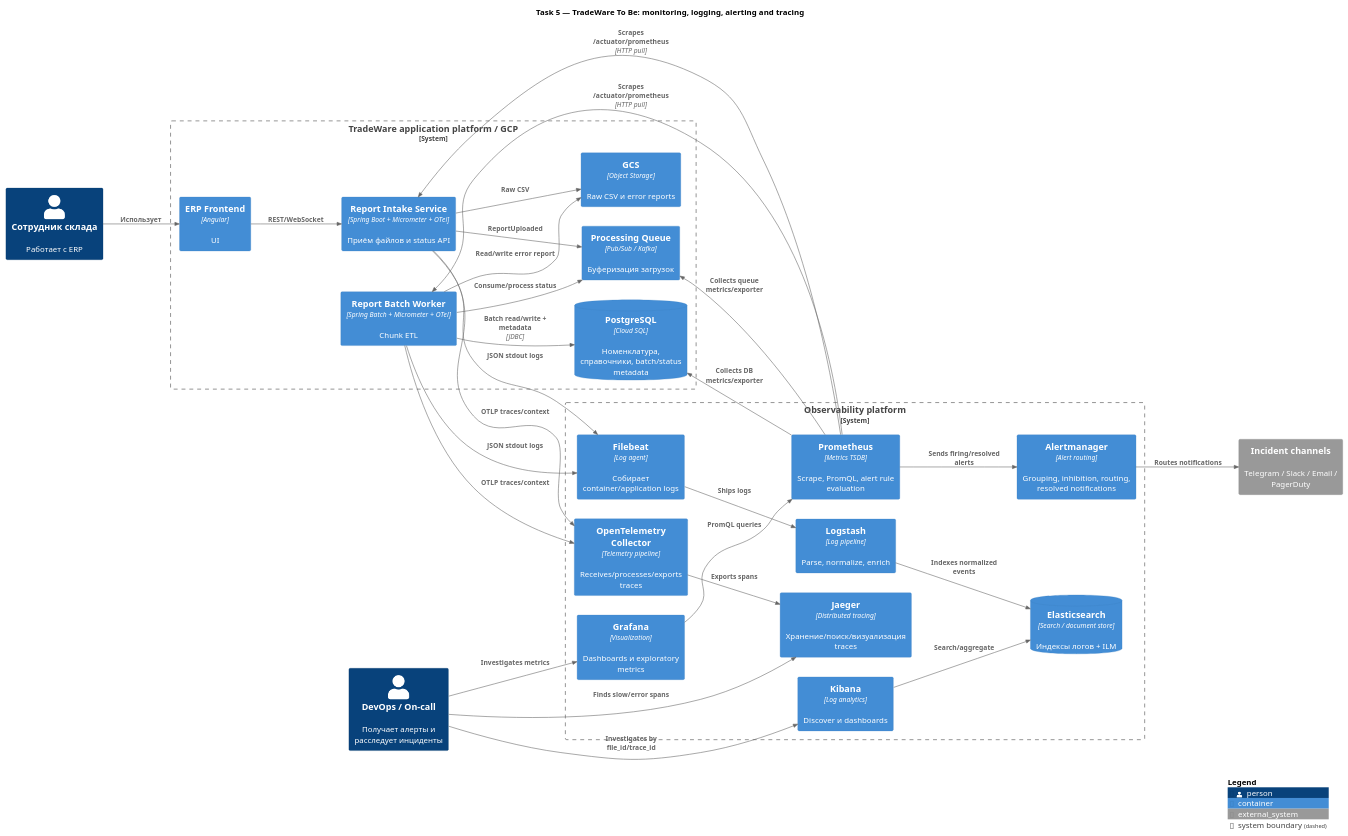
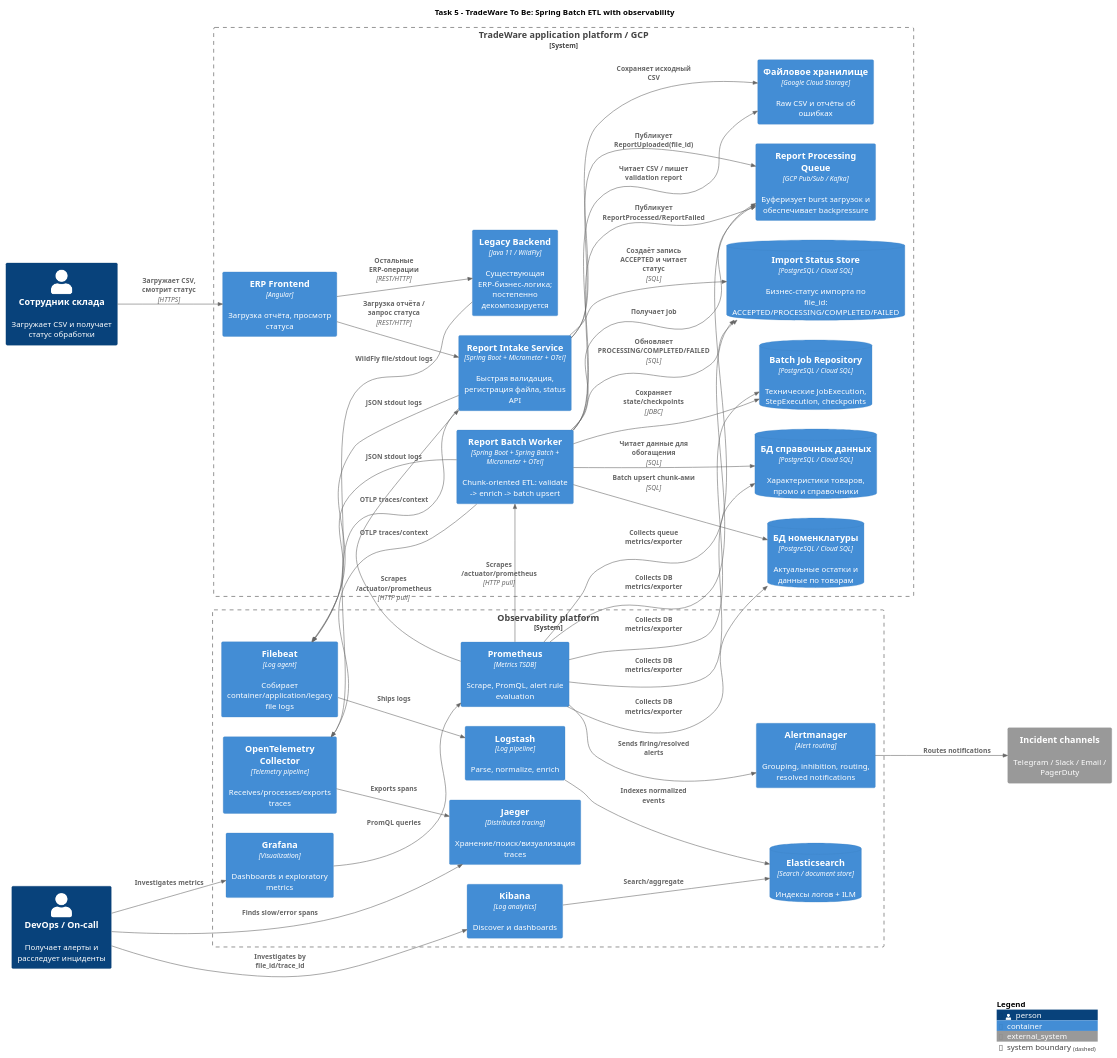
One commit to FFinn/msa-project-5-base-v1 changed the diagram in task-5/results/c4-observability.puml. Above: the diagram before and after it, drawn with PlantUML. The commit also changed 5 other files, not shown here.

```diff
--- a/task-5/results/c4-observability.puml
+++ b/task-5/results/c4-observability.puml
@@ -1,64 +1,78 @@
 @startuml Task5_C4_Observability
 !include https://raw.githubusercontent.com/plantuml-stdlib/C4-PlantUML/master/C4_Container.puml
 
 LAYOUT_LEFT_RIGHT()
 
-title Task 5 — TradeWare To Be: monitoring, logging, alerting and tracing
+title Task 5 - TradeWare To Be: Spring Batch ETL with observability
 
-Person(employee, "Сотрудник склада", "Работает с ERP")
+Person(employee, "Сотрудник склада", "Загружает CSV и получает статус обработки")
 Person(oncall, "DevOps / On-call", "Получает алерты и расследует инциденты")
 
-System_Boundary(apps, "TradeWare application platform / GCP") {
-    Container(frontend, "ERP Frontend", "Angular", "UI")
-    Container(intake, "Report Intake Service", "Spring Boot + Micrometer + OTel", "Приём файлов и status API")
-    Container(queue, "Processing Queue", "Pub/Sub / Kafka", "Буферизация загрузок")
-    Container(batch, "Report Batch Worker", "Spring Batch + Micrometer + OTel", "Chunk ETL")
-    ContainerDb(db, "PostgreSQL", "Cloud SQL", "Номенклатура, справочники, batch/status metadata")
-    Container(gcs, "GCS", "Object Storage", "Raw CSV и error reports")
+System_Boundary(tradeware, "TradeWare application platform / GCP") {
+    Container(frontend, "ERP Frontend", "Angular", "Загрузка отчёта, просмотр статуса")
+    Container(monolith, "Legacy Backend", "Java 11 / WildFly", "Существующая ERP-бизнес-логика; постепенно декомпозируется")
+    Container(intake, "Report Intake Service", "Spring Boot + Micrometer + OTel", "Быстрая валидация, регистрация файла, status API")
+    Container(queue, "Report Processing Queue", "GCP Pub/Sub / Kafka", "Буферизует burst загрузок и обеспечивает backpressure")
+    Container(batch, "Report Batch Worker", "Spring Boot + Spring Batch + Micrometer + OTel", "Chunk-oriented ETL: validate -> enrich -> batch upsert")
+    ContainerDb(statusDb, "Import Status Store", "PostgreSQL / Cloud SQL", "Бизнес-статус импорта по file_id: ACCEPTED/PROCESSING/COMPLETED/FAILED")
+    ContainerDb(jobRepo, "Batch Job Repository", "PostgreSQL / Cloud SQL", "Технические JobExecution, StepExecution, checkpoints")
+    ContainerDb(referenceDb, "БД справочных данных", "PostgreSQL / Cloud SQL", "Характеристики товаров, промо и справочники")
+    ContainerDb(nomenclatureDb, "БД номенклатуры", "PostgreSQL / Cloud SQL", "Актуальные остатки и данные по товарам")
+    Container(gcs, "Файловое хранилище", "Google Cloud Storage", "Raw CSV и отчёты об ошибках")
 }
 
 System_Boundary(obs, "Observability platform") {
     Container(prometheus, "Prometheus", "Metrics TSDB", "Scrape, PromQL, alert rule evaluation")
     Container(grafana, "Grafana", "Visualization", "Dashboards и exploratory metrics")
     Container(alertmanager, "Alertmanager", "Alert routing", "Grouping, inhibition, routing, resolved notifications")
-    Container(filebeat, "Filebeat", "Log agent", "Собирает container/application logs")
+    Container(filebeat, "Filebeat", "Log agent", "Собирает container/application/legacy file logs")
     Container(logstash, "Logstash", "Log pipeline", "Parse, normalize, enrich")
     ContainerDb(elastic, "Elasticsearch", "Search / document store", "Индексы логов + ILM")
     Container(kibana, "Kibana", "Log analytics", "Discover и dashboards")
     Container(otel, "OpenTelemetry Collector", "Telemetry pipeline", "Receives/processes/exports traces")
     Container(jaeger, "Jaeger", "Distributed tracing", "Хранение/поиск/визуализация traces")
 }
 
 System_Ext(notifications, "Incident channels", "Telegram / Slack / Email / PagerDuty")
 
-Rel(employee, frontend, "Использует")
-Rel(frontend, intake, "REST/WebSocket")
-Rel(intake, queue, "ReportUploaded")
-Rel(batch, queue, "Consume/process status")
-Rel(intake, gcs, "Raw CSV")
-Rel(batch, gcs, "Read/write error report")
-Rel(batch, db, "Batch read/write + metadata", "JDBC")
+Rel(employee, frontend, "Загружает CSV, смотрит статус", "HTTPS")
+Rel(frontend, intake, "Загрузка отчёта / запрос статуса", "REST/HTTP")
+Rel(frontend, monolith, "Остальные ERP-операции", "REST/HTTP")
+Rel(intake, gcs, "Сохраняет исходный CSV")
+Rel(intake, statusDb, "Создаёт запись ACCEPTED и читает статус", "SQL")
+Rel(intake, queue, "Публикует ReportUploaded(file_id)")
+Rel(batch, queue, "Получает job")
+Rel(batch, statusDb, "Обновляет PROCESSING/COMPLETED/FAILED", "SQL")
+Rel(batch, gcs, "Читает CSV / пишет validation report")
+Rel(batch, referenceDb, "Читает данные для обогащения", "SQL")
+Rel(batch, nomenclatureDb, "Batch upsert chunk-ами", "SQL")
+Rel(batch, jobRepo, "Сохраняет state/checkpoints", "JDBC")
+Rel(batch, queue, "Публикует ReportProcessed/ReportFailed")
 
 Rel(prometheus, intake, "Scrapes /actuator/prometheus", "HTTP pull")
 Rel(prometheus, batch, "Scrapes /actuator/prometheus", "HTTP pull")
 Rel(prometheus, queue, "Collects queue metrics/exporter")
-Rel(prometheus, db, "Collects DB metrics/exporter")
+Rel(prometheus, statusDb, "Collects DB metrics/exporter")
+Rel(prometheus, jobRepo, "Collects DB metrics/exporter")
+Rel(prometheus, referenceDb, "Collects DB metrics/exporter")
+Rel(prometheus, nomenclatureDb, "Collects DB metrics/exporter")
 Rel(grafana, prometheus, "PromQL queries")
 Rel(prometheus, alertmanager, "Sends firing/resolved alerts")
 Rel(alertmanager, notifications, "Routes notifications")
 Rel(oncall, grafana, "Investigates metrics")
 
+Rel(monolith, filebeat, "WildFly file/stdout logs")
 Rel(intake, filebeat, "JSON stdout logs")
 Rel(batch, filebeat, "JSON stdout logs")
 Rel(filebeat, logstash, "Ships logs")
 Rel(logstash, elastic, "Indexes normalized events")
 Rel(kibana, elastic, "Search/aggregate")
 Rel(oncall, kibana, "Investigates by file_id/trace_id")
 
 Rel(intake, otel, "OTLP traces/context")
 Rel(batch, otel, "OTLP traces/context")
 Rel(otel, jaeger, "Exports spans")
 Rel(oncall, jaeger, "Finds slow/error spans")
 
 SHOW_LEGEND()
 @enduml
```
